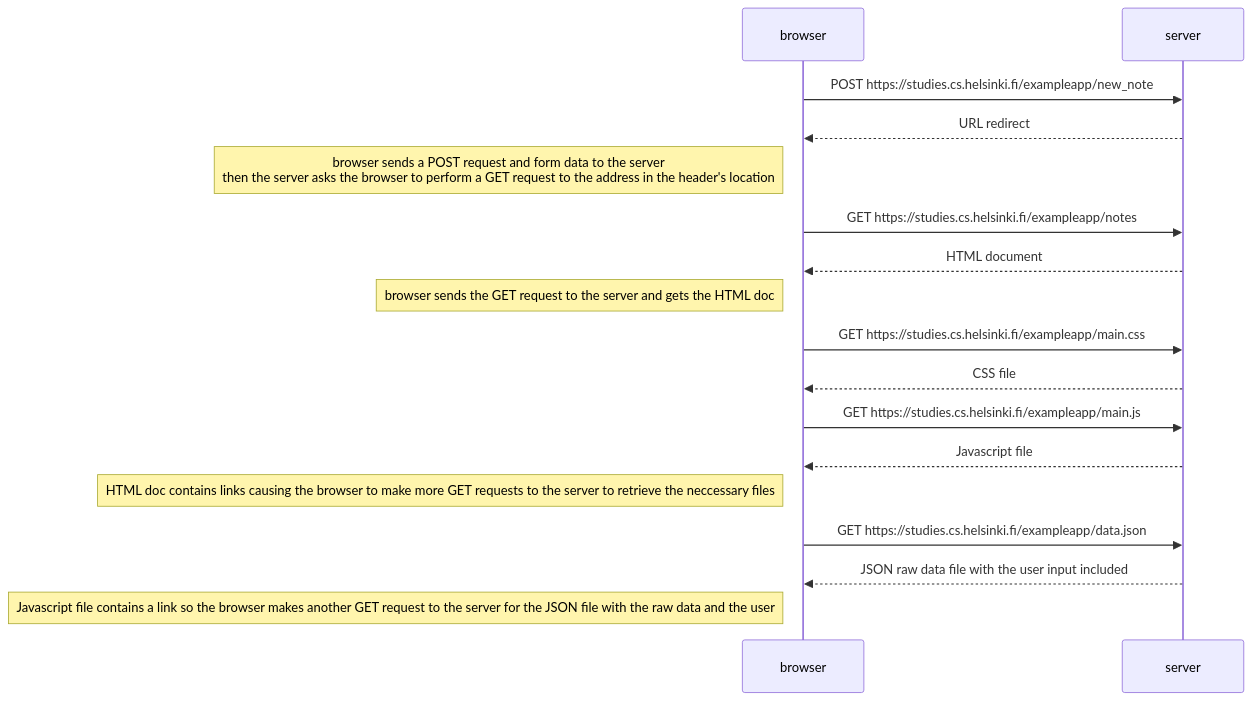
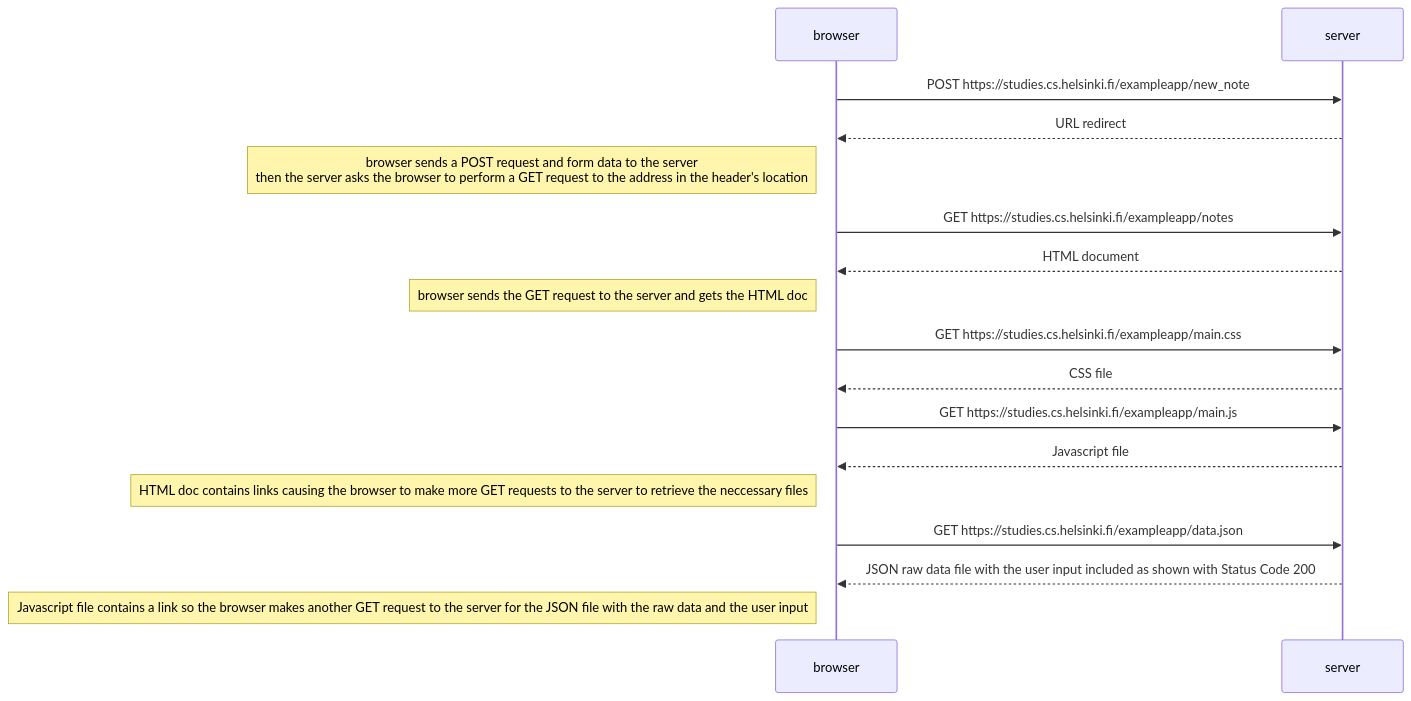
The diagram in part 0.4.md (ThomasYang1275/Fullstack), drawn with Mermaid before and after one commit.

Commit message:
Update part 0.4.md
Fixed some missing word and added more information

````diff
--- a/part 0.4.md
+++ b/part 0.4.md
@@ -1,27 +1,27 @@
 ```mermaid
 sequenceDiagram
     participant browser
     participant server
 
     browser->>server: POST https://studies.cs.helsinki.fi/exampleapp/new_note
     server-->>browser: URL redirect
     
     Note left of browser: browser sends a POST request and form data to the server<br/>then the server asks the browser to perform a GET request to the address in the header's location
 
     browser->>server: GET https://studies.cs.helsinki.fi/exampleapp/notes
     server-->>browser: HTML document
     
     Note left of browser: browser sends the GET request to the server and gets the HTML doc
 
     browser->>server: GET https://studies.cs.helsinki.fi/exampleapp/main.css
     server-->>browser: CSS file
     browser->>server: GET https://studies.cs.helsinki.fi/exampleapp/main.js
     server-->>browser: Javascript file
     
     Note left of browser: HTML doc contains links causing the browser to make more GET requests to the server to retrieve the neccessary files
 
     browser->>server: GET https://studies.cs.helsinki.fi/exampleapp/data.json
-    server-->>browser: JSON raw data file with the user input included
+    server-->>browser: JSON raw data file with the user input included as shown with Status Code 200
 
-    Note left of browser: Javascript file contains a link so the browser makes another GET request to the server for the JSON file with the raw data and the user
+    Note left of browser: Javascript file contains a link so the browser makes another GET request to the server for the JSON file with the raw data and the user input
 ```
````
